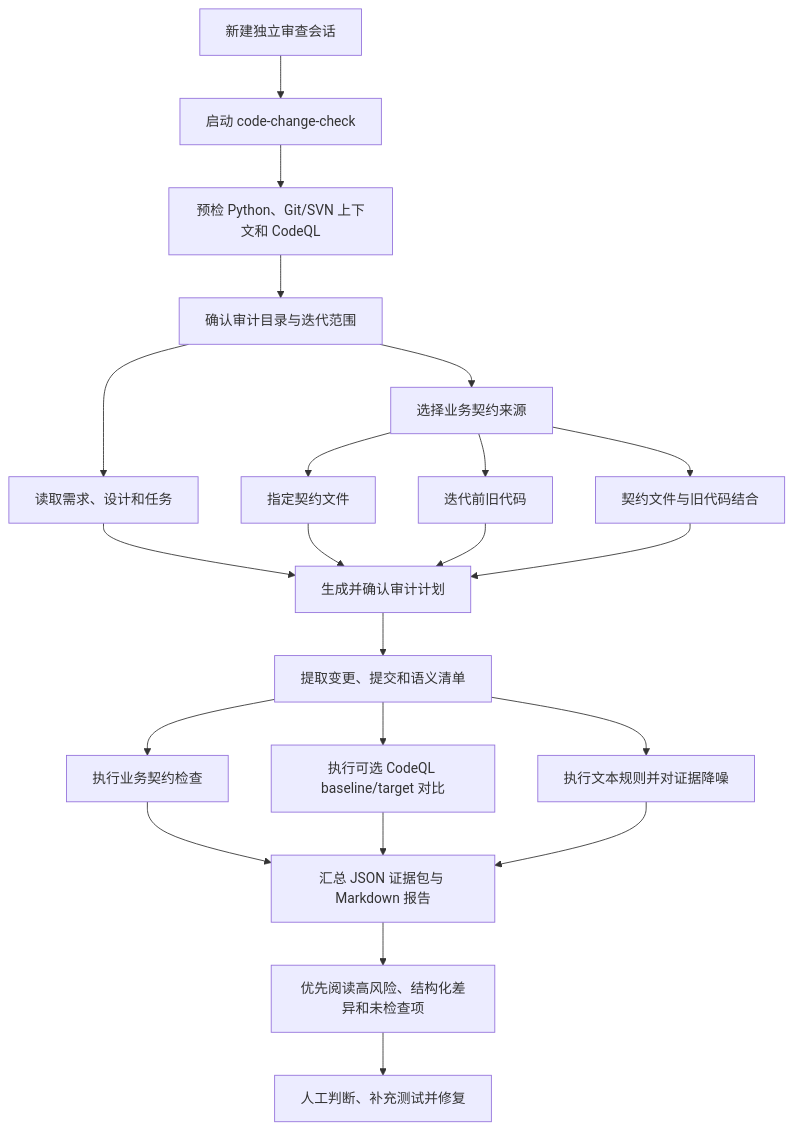
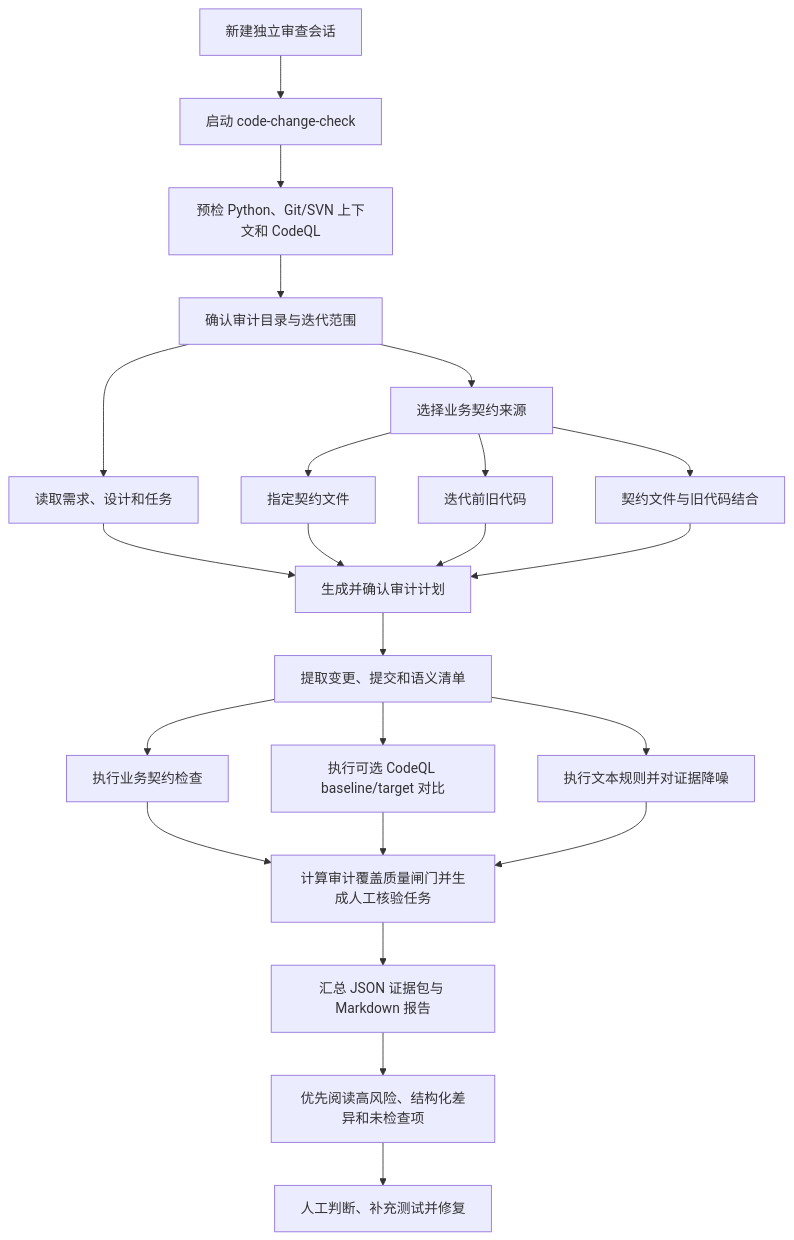
One commit to jiaheng6/code-change-check changed the diagram in README.md. Above: the diagram before and after it, drawn with Mermaid. The commit also changed other lines of this file and 16 other files, not shown here.

````diff
--- a/README.md
+++ b/README.md
@@ -163,24 +165,25 @@
 ```mermaid
 flowchart TD
     A["新建独立审查会话"] --> B["启动 code-change-check"]
     B --> C["预检 Python、Git/SVN 上下文和 CodeQL"]
     C --> D["确认审计目录与迭代范围"]
     D --> E["读取需求、设计和任务"]
     D --> F["选择业务契约来源"]
     F --> F1["指定契约文件"]
     F --> F2["迭代前旧代码"]
     F --> F3["契约文件与旧代码结合"]
     E --> G["生成并确认审计计划"]
     F1 --> G
     F2 --> G
     F3 --> G
     G --> H["提取变更、提交和语义清单"]
     H --> I["执行业务契约检查"]
     H --> J["执行可选 CodeQL baseline/target 对比"]
     H --> K["执行文本规则并对证据降噪"]
-    I --> L["汇总 JSON 证据包与 Markdown 报告"]
+    I --> L["计算审计覆盖质量闸门并生成人工核验任务"]
     J --> L
     K --> L
-    L --> M["优先阅读高风险、结构化差异和未检查项"]
-    M --> N["人工判断、补充测试并修复"]
+    L --> M["汇总 JSON 证据包与 Markdown 报告"]
+    M --> N["优先阅读高风险、结构化差异和未检查项"]
+    N --> O["人工判断、补充测试并修复"]
 ```
````
